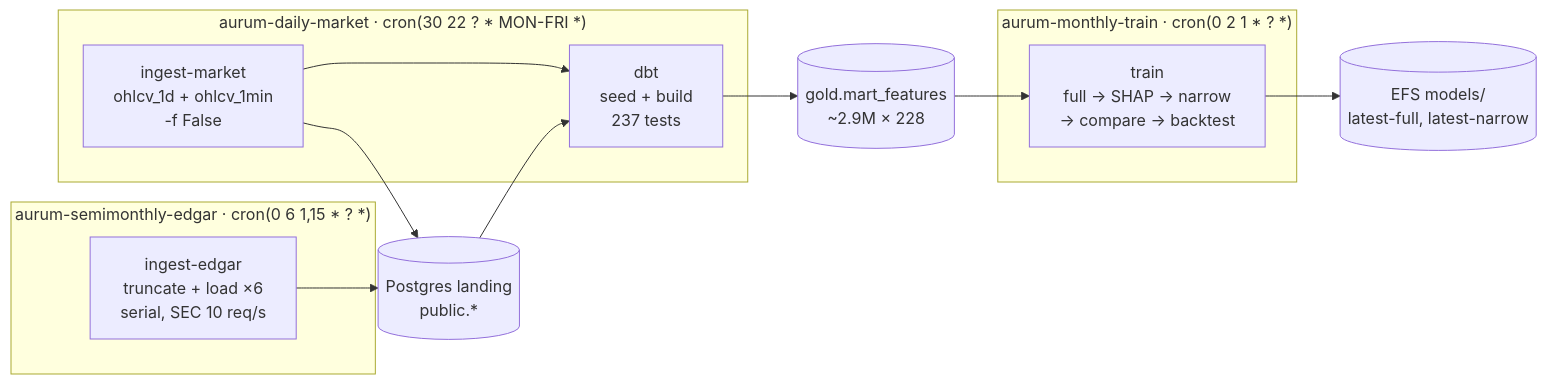
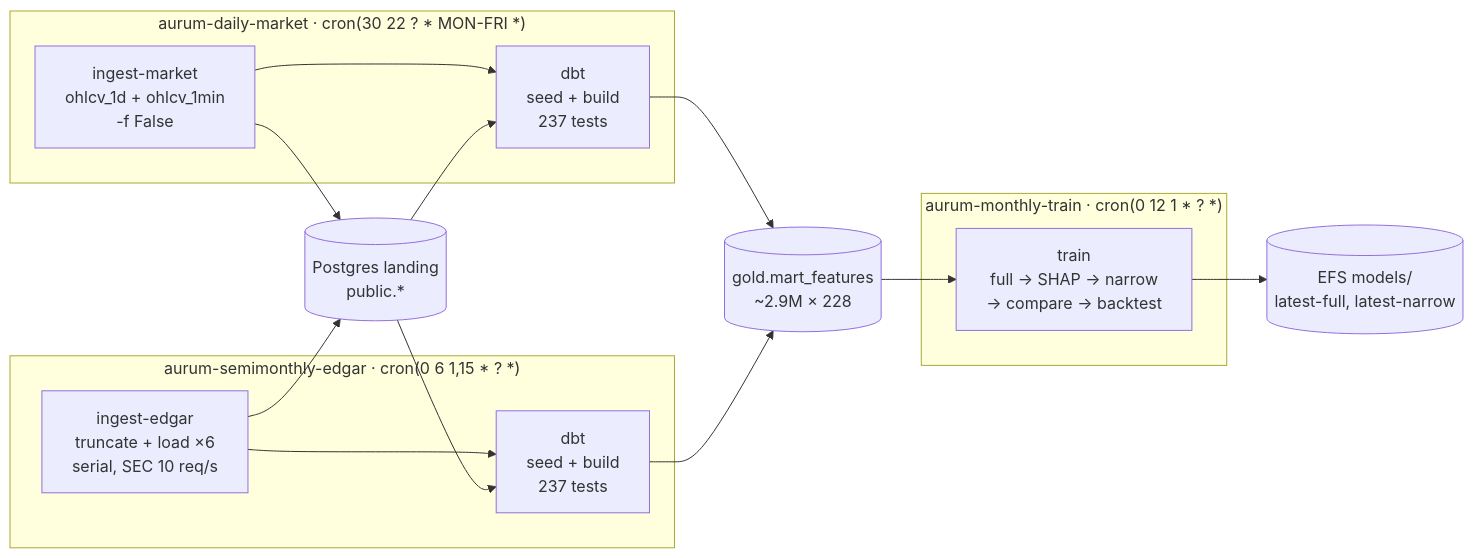
One commit to Analyst-Ninja/aurum changed the first of 2 diagrams in docs/infra/aws-deployment-plan.md. Above: the diagram before and after it, drawn with Mermaid. The commit also changed other lines of this file and 3 other files, not shown here.

First line of the commit message:
fix: build the warehouse after EDGAR, and train after both (GH-75)

````diff
--- a/docs/infra/aws-deployment-plan.md
+++ b/docs/infra/aws-deployment-plan.md
@@ -62,25 +66,27 @@
 ```mermaid
 flowchart LR
   subgraph daily["aurum-daily-market · cron(30 22 ? * MON-FRI *)"]
     IM["ingest-market<br/>ohlcv_1d + ohlcv_1min<br/>-f False"] --> DBT["dbt<br/>seed + build<br/>237 tests"]
   end
 
   subgraph semi["aurum-semimonthly-edgar · cron(0 6 1,15 * ? *)"]
-    IE["ingest-edgar<br/>truncate + load ×6<br/>serial, SEC 10 req/s"]
+    IE["ingest-edgar<br/>truncate + load ×6<br/>serial, SEC 10 req/s"] --> DBT2["dbt<br/>seed + build<br/>237 tests"]
   end
 
-  subgraph monthly["aurum-monthly-train · cron(0 2 1 * ? *)"]
+  subgraph monthly["aurum-monthly-train · cron(0 12 1 * ? *)"]
     TR["train<br/>full → SHAP → narrow<br/>→ compare → backtest"]
   end
 
   LAND[("Postgres landing<br/>public.*")]
   GOLD[("gold.mart_features<br/>~2.9M × 228")]
   REG[("EFS models/<br/>latest-full, latest-narrow")]
 
   IM --> LAND
   IE --> LAND
   LAND --> DBT
+  LAND --> DBT2
   DBT --> GOLD
+  DBT2 --> GOLD
   GOLD --> TR
   TR --> REG
 ```
````
